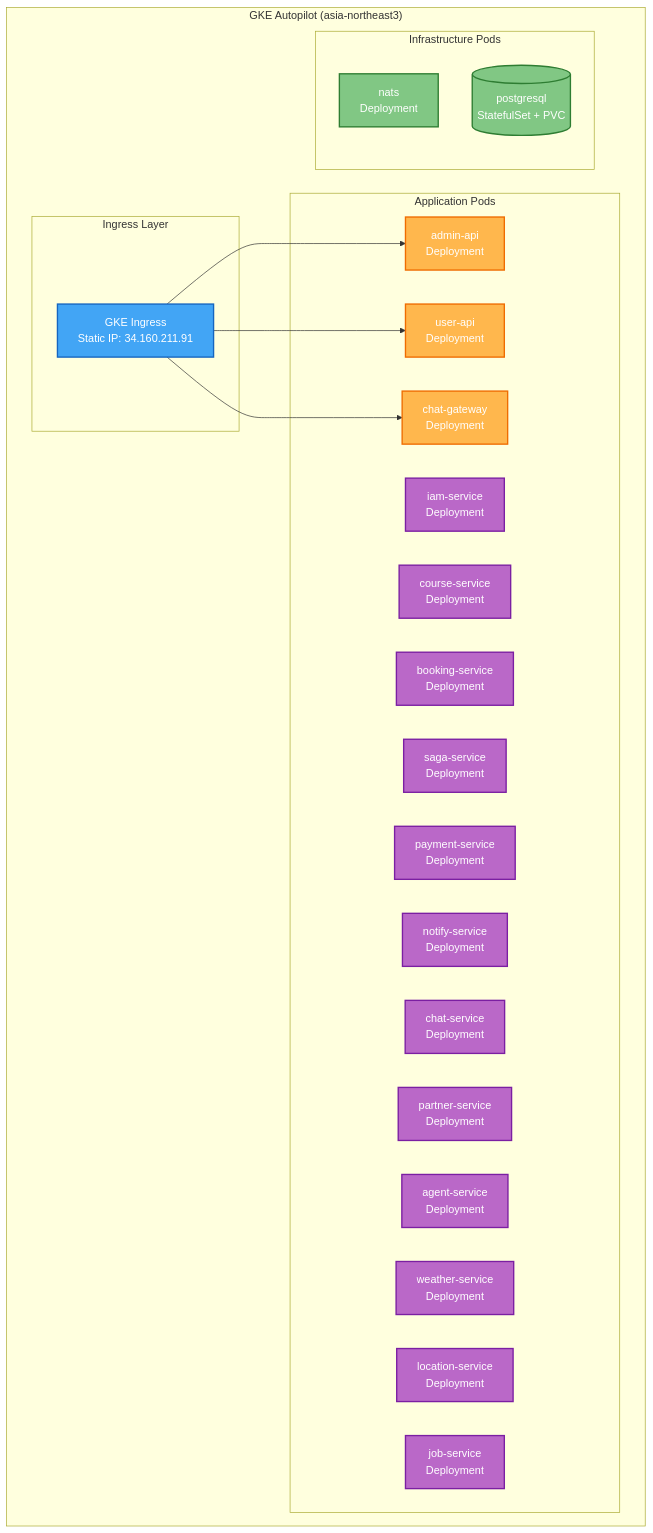
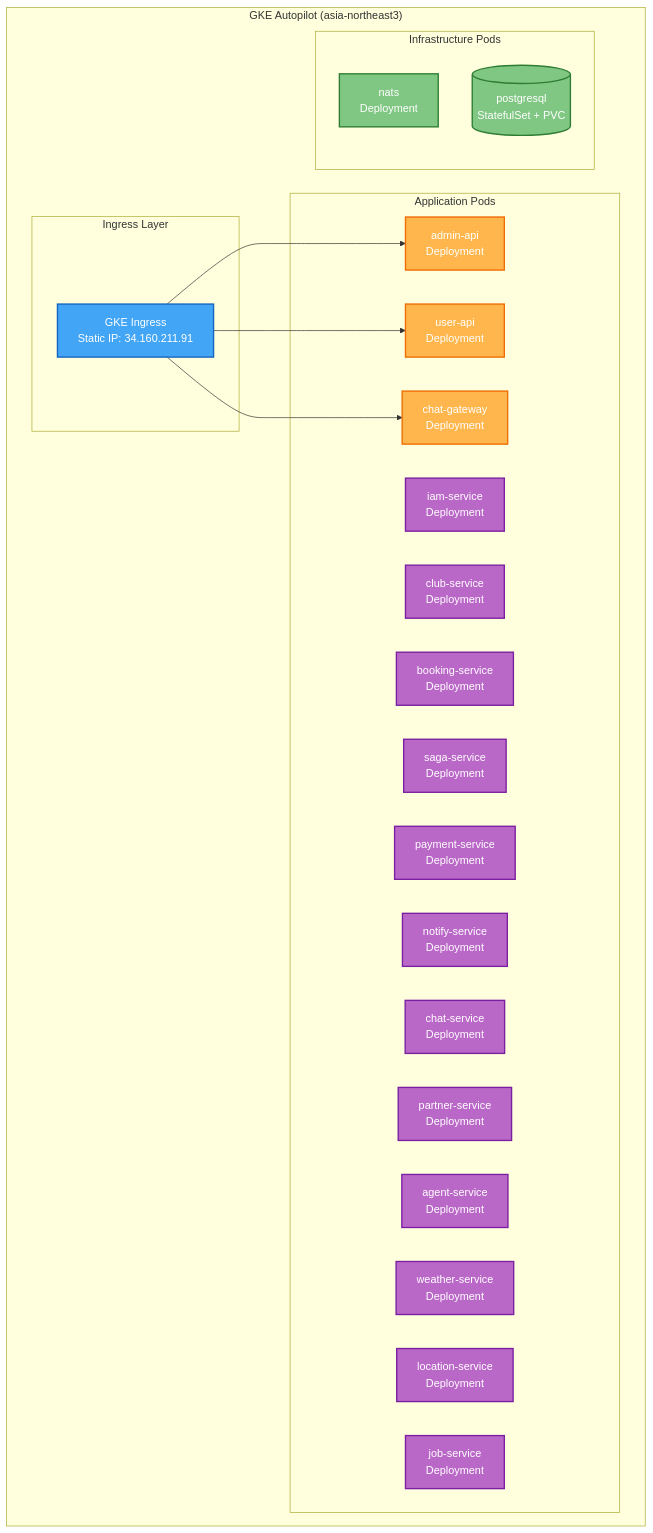
Before and after one commit to uniyous/parkgolf-platform: the sixth of 7 diagrams in docs/architecture/SYSTEM.md, drawn with Mermaid. The commit also changed other lines of this file and 130 other files, not shown here.

First line of the commit message:
refactor(infra): course-service → club-service 풀 리네임 (UNI-80)

````diff
--- a/docs/architecture/SYSTEM.md
+++ b/docs/architecture/SYSTEM.md
@@ -531,40 +531,40 @@
 ```mermaid
 graph TB
   classDef ingress fill:#42a5f5,stroke:#1565c0,stroke-width:2px,color:#fff
   classDef bff fill:#ffb74d,stroke:#ef6c00,stroke-width:2px,color:#fff
   classDef service fill:#ba68c8,stroke:#7b1fa2,stroke-width:2px,color:#fff
   classDef infra fill:#81c784,stroke:#2e7d32,stroke-width:2px,color:#fff
 
   subgraph GKE["GKE Autopilot (asia-northeast3)"]
     subgraph IngressLayer["Ingress Layer"]
       ING["GKE Ingress<br/>Static IP: 34.160.211.91"]:::ingress
     end
 
     subgraph AppPods["Application Pods"]
       AAPI["admin-api<br/>Deployment"]:::bff
       UAPI["user-api<br/>Deployment"]:::bff
       CHATGW["chat-gateway<br/>Deployment"]:::bff
       IAM["iam-service<br/>Deployment"]:::service
-      COURSE["course-service<br/>Deployment"]:::service
+      COURSE["club-service<br/>Deployment"]:::service
       BOOK["booking-service<br/>Deployment"]:::service
       SAGA["saga-service<br/>Deployment"]:::service
       PAY["payment-service<br/>Deployment"]:::service
       NOTIFY["notify-service<br/>Deployment"]:::service
       CHAT["chat-service<br/>Deployment"]:::service
       PARTNER["partner-service<br/>Deployment"]:::service
       AGENT["agent-service<br/>Deployment"]:::service
       WEATHER["weather-service<br/>Deployment"]:::service
       LOCATION["location-service<br/>Deployment"]:::service
       JOB["job-service<br/>Deployment"]:::service
     end
 
     subgraph InfraPods["Infrastructure Pods"]
       NATS["nats<br/>Deployment"]:::infra
       PG[("postgresql<br/>StatefulSet + PVC")]:::infra
     end
   end
 
   ING --> AAPI
   ING --> UAPI
   ING --> CHATGW
 ```
````
